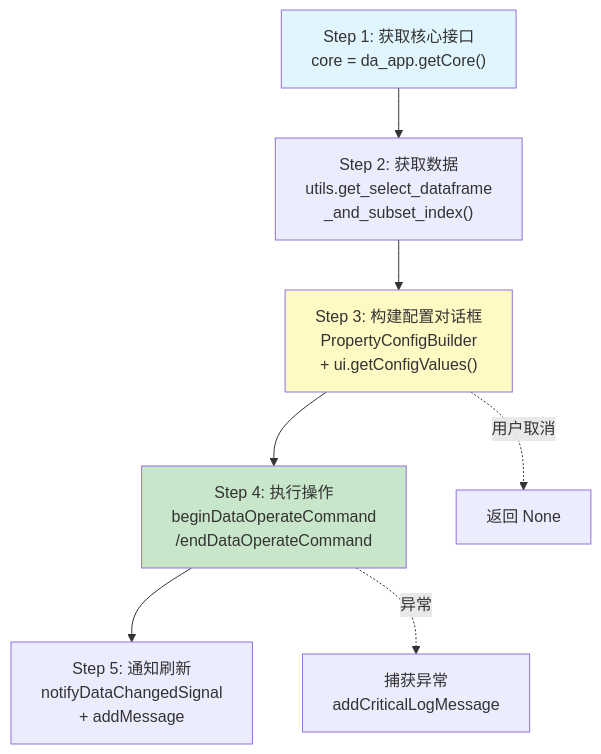
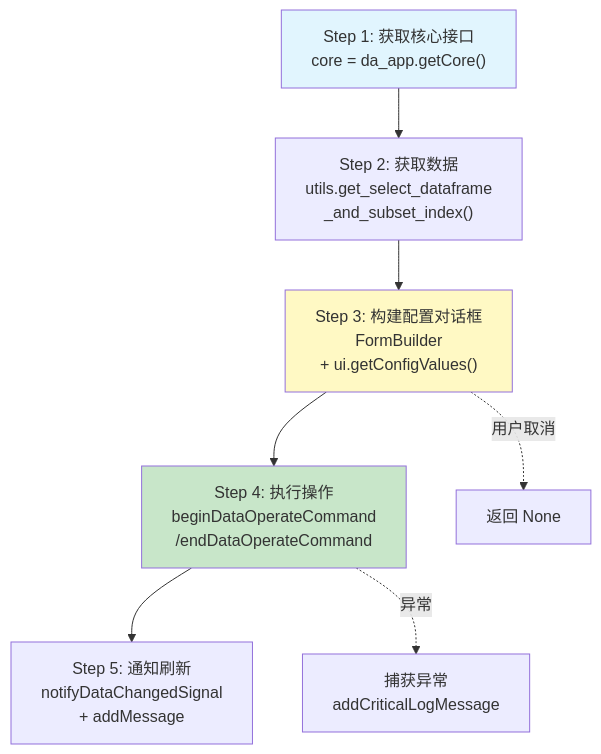
Before and after one commit to czyt1988/data-workbench: the second of 2 diagrams in docs/zh/dev-guide/python-binding/python-script-development.md, drawn with Mermaid. The commit also changed other lines of this file and 3 other files, not shown here.

Commit message:
docs: migrate Python development docs to v2 FormBuilder API

````diff
--- a/docs/zh/dev-guide/python-binding/python-script-development.md
+++ b/docs/zh/dev-guide/python-binding/python-script-development.md
@@ -60,14 +60,14 @@
 ```mermaid
 flowchart TD
     S1["Step 1: 获取核心接口<br/>core = da_app.getCore()"] --> S2["Step 2: 获取数据<br/>utils.get_select_dataframe<br/>_and_subset_index()"]
-    S2 --> S3["Step 3: 构建配置对话框<br/>PropertyConfigBuilder<br/>+ ui.getConfigValues()"]
+    S2 --> S3["Step 3: 构建配置对话框<br/>FormBuilder<br/>+ ui.getConfigValues()"]
     S3 --> S4["Step 4: 执行操作<br/>beginDataOperateCommand<br/>/endDataOperateCommand"]
     S4 --> S5["Step 5: 通知刷新<br/>notifyDataChangedSignal<br/>+ addMessage"]
     
     S3 -.->|用户取消| EXIT["返回 None"]
     S4 -.->|异常| CATCH["捕获异常<br/>addCriticalLogMessage"]
     
     style S1 fill:#e1f5fe
     style S3 fill:#fff9c4
     style S4 fill:#c8e6c9
 ```
````
